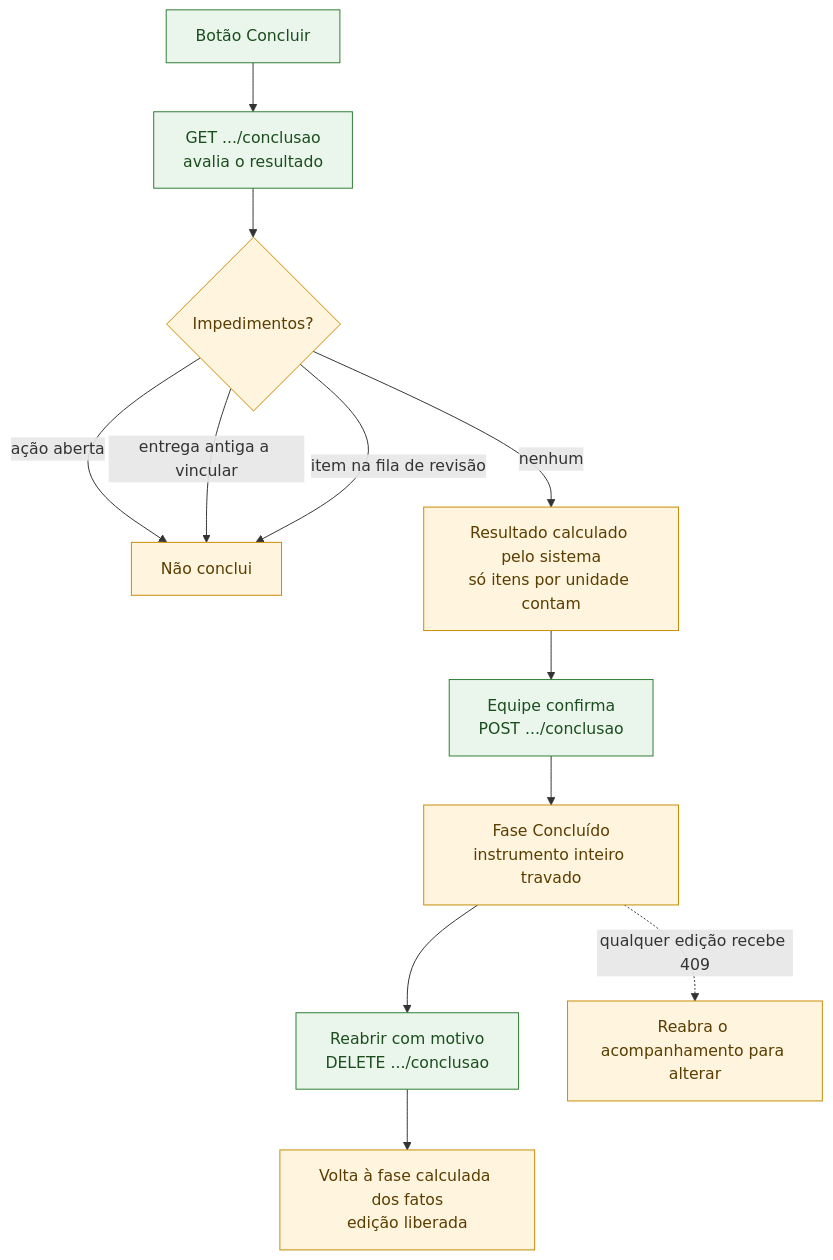
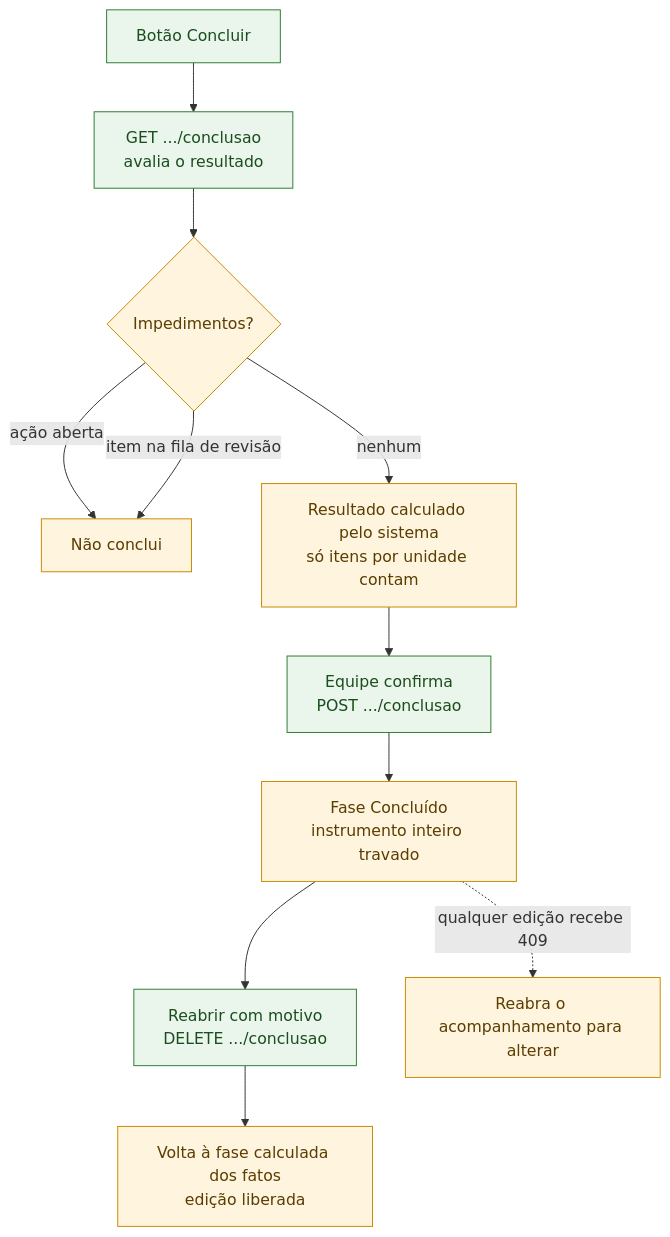
Before and after one commit to devs-ministerio/par_equipamentos: the sixth of 11 diagrams in docs/arquitetura/mapa-monitoramento-interno-2026-11-19.md, drawn with Mermaid. The commit also changed other lines of this file and 23 other files, not shown here.

First line of the commit message:
refactor: remove a função de vincular entrega antiga (A vincular)

````diff
--- a/docs/arquitetura/mapa-monitoramento-interno-2026-11-19.md
+++ b/docs/arquitetura/mapa-monitoramento-interno-2026-11-19.md
@@ -212,16 +214,15 @@
 ```mermaid
 flowchart TB
     classDef regra fill:#FFF4DD,stroke:#C98A00,color:#5a3d00
     classDef acao fill:#EAF6EC,stroke:#2E7D32,color:#1b4d1e
     A["Botão Concluir"]:::acao --> AV["GET .../conclusao<br/>avalia o resultado"]:::acao
     AV --> IMP{"Impedimentos?"}:::regra
     IMP -->|"ação aberta"| X["Não conclui"]:::regra
-    IMP -->|"entrega antiga a vincular"| X
     IMP -->|"item na fila de revisão"| X
     IMP -->|"nenhum"| RES["Resultado calculado pelo sistema<br/>só itens por unidade contam"]:::regra
     RES --> CONF["Equipe confirma<br/>POST .../conclusao"]:::acao
     CONF --> FIM["Fase Concluído<br/>instrumento inteiro travado"]:::regra
     FIM --> REAB["Reabrir com motivo<br/>DELETE .../conclusao"]:::acao
     REAB --> VOLTA["Volta à fase calculada dos fatos<br/>edição liberada"]:::regra
     FIM -. "qualquer edição recebe 409" .-> BLOQ["Reabra o acompanhamento para alterar"]:::regra
 ```
````
